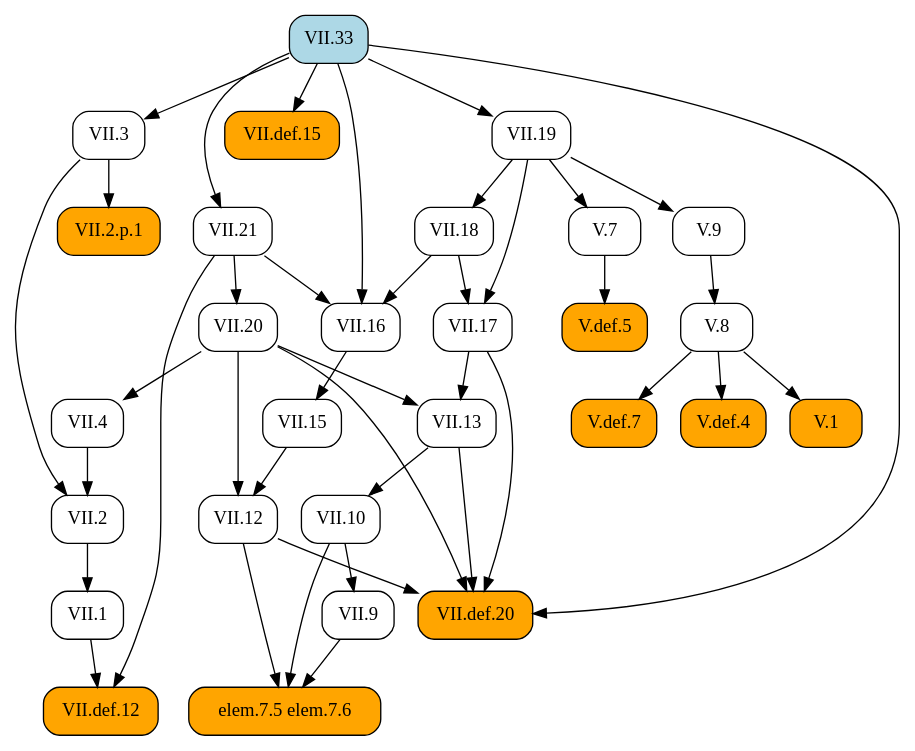
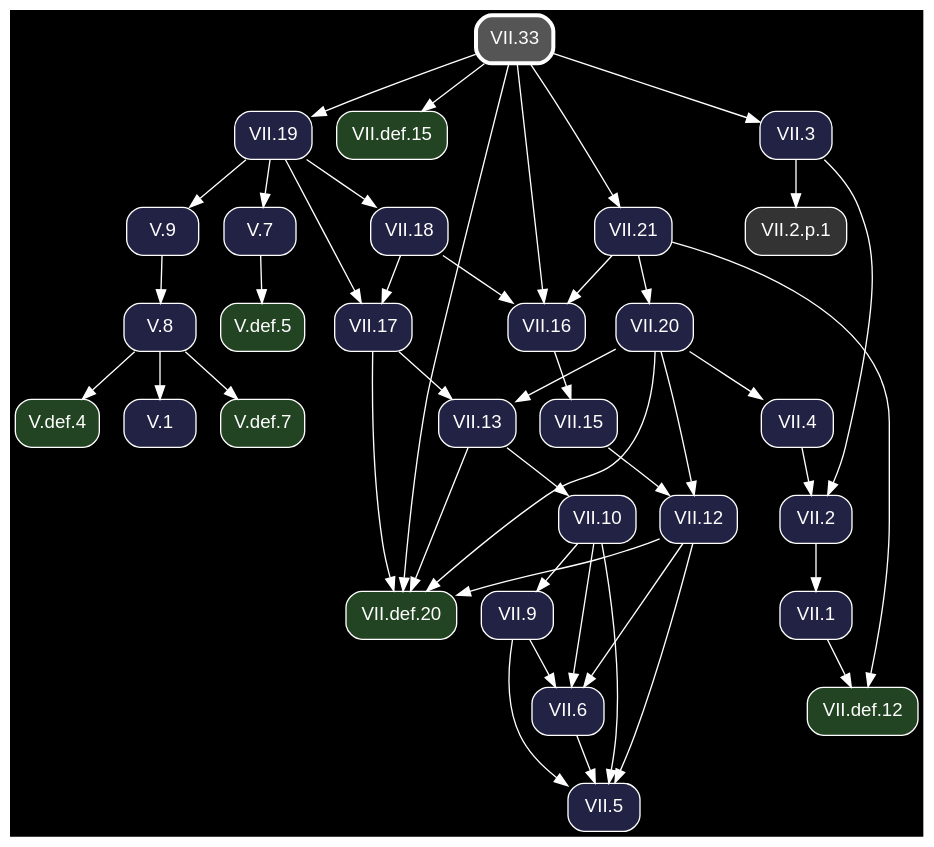
Before and after one commit to geometor/elements: the diagram in docsrc/heath/VII/33/index.rst, drawn with Graphviz. The commit also changed other lines of this file and 1200 other files, not shown here.

Commit message:
update dependency graphs

```diff
--- a/docsrc/heath/VII/33/index.rst
+++ b/docsrc/heath/VII/33/index.rst
@@ -66,74 +66,81 @@
 .. graphviz::
 
    digraph {
+     bgcolor="black";
+     node [shape=box, style="rounded,filled", fontname="Helvetica", color="white", fontcolor="white"];
+     edge [color="white", fontcolor="white"];
      rankdir="TB";
-     node [shape=box, style=rounded];
-     "VII.33" [style="rounded,filled", fillcolor=lightblue, URL="/heath/VII/33/", target="_top"];
-     "VII.12" [URL="/heath/VII/12/", target="_top"];
-     "elem.7.5 elem.7.6" [style="rounded,filled", fillcolor=orange];
-     "V.def.7" [style="rounded,filled", fillcolor=orange, URL="/heath/V/def.7/", target="_top"];
-     "VII.9" [URL="/heath/VII/9/", target="_top"];
-     "VII.18" [URL="/heath/VII/18/", target="_top"];
-     "VII.16" [URL="/heath/VII/16/", target="_top"];
-     "V.7" [URL="/heath/V/7/", target="_top"];
-     "VII.21" [URL="/heath/VII/21/", target="_top"];
-     "V.def.5" [style="rounded,filled", fillcolor=orange, URL="/heath/V/def.5/", target="_top"];
-     "V.def.4" [style="rounded,filled", fillcolor=orange, URL="/heath/V/def.4/", target="_top"];
-     "V.9" [URL="/heath/V/9/", target="_top"];
-     "VII.1" [URL="/heath/VII/1/", target="_top"];
-     "VII.10" [URL="/heath/VII/10/", target="_top"];
-     "V.8" [URL="/heath/V/8/", target="_top"];
-     "VII.13" [URL="/heath/VII/13/", target="_top"];
-     "VII.4" [URL="/heath/VII/4/", target="_top"];
-     "VII.def.12" [style="rounded,filled", fillcolor=orange, URL="/heath/VII/def.12/", target="_top"];
-     "VII.20" [URL="/heath/VII/20/", target="_top"];
-     "V.1" [style="rounded,filled", fillcolor=orange, URL="/heath/V/1/", target="_top"];
-     "VII.def.15" [style="rounded,filled", fillcolor=orange, URL="/heath/VII/def.15/", target="_top"];
-     "VII.2" [URL="/heath/VII/2/", target="_top"];
-     "VII.3" [URL="/heath/VII/3/", target="_top"];
-     "VII.17" [URL="/heath/VII/17/", target="_top"];
-     "VII.19" [URL="/heath/VII/19/", target="_top"];
-     "VII.2.p.1" [style="rounded,filled", fillcolor=orange];
-     "VII.def.20" [style="rounded,filled", fillcolor=orange, URL="/heath/VII/def.20/", target="_top"];
-     "VII.15" [URL="/heath/VII/15/", target="_top"];
-     "VII.15" -> "VII.12";
-     "VII.20" -> "VII.12";
-     "VII.9" -> "elem.7.5 elem.7.6";
-     "VII.10" -> "elem.7.5 elem.7.6";
-     "VII.12" -> "elem.7.5 elem.7.6";
+     "V.def.5" [fillcolor="#224422", URL="/heath/V/def.5/", target="_top"];
+     "VII.33" [penwidth=3, color="white", fillcolor="#555555", URL="/heath/VII/33/", target="_top"];
+     "V.def.7" [fillcolor="#224422", URL="/heath/V/def.7/", target="_top"];
+     "VII.20" [fillcolor="#222244", URL="/heath/VII/20/", target="_top"];
+     "VII.18" [fillcolor="#222244", URL="/heath/VII/18/", target="_top"];
+     "VII.2" [fillcolor="#222244", URL="/heath/VII/2/", target="_top"];
+     "V.def.4" [fillcolor="#224422", URL="/heath/V/def.4/", target="_top"];
+     "VII.5" [fillcolor="#222244", URL="/heath/VII/5/", target="_top"];
+     "VII.def.20" [fillcolor="#224422", URL="/heath/VII/def.20/", target="_top"];
+     "VII.def.15" [fillcolor="#224422", URL="/heath/VII/def.15/", target="_top"];
+     "VII.2.p.1" [fillcolor="#333333"];
+     "VII.1" [fillcolor="#222244", URL="/heath/VII/1/", target="_top"];
+     "VII.6" [fillcolor="#222244", URL="/heath/VII/6/", target="_top"];
+     "VII.16" [fillcolor="#222244", URL="/heath/VII/16/", target="_top"];
+     "VII.15" [fillcolor="#222244", URL="/heath/VII/15/", target="_top"];
+     "VII.13" [fillcolor="#222244", URL="/heath/VII/13/", target="_top"];
+     "V.1" [fillcolor="#222244", URL="/heath/V/1/", target="_top"];
+     "VII.10" [fillcolor="#222244", URL="/heath/VII/10/", target="_top"];
+     "VII.4" [fillcolor="#222244", URL="/heath/VII/4/", target="_top"];
+     "VII.def.12" [fillcolor="#224422", URL="/heath/VII/def.12/", target="_top"];
+     "VII.19" [fillcolor="#222244", URL="/heath/VII/19/", target="_top"];
+     "V.8" [fillcolor="#222244", URL="/heath/V/8/", target="_top"];
+     "VII.21" [fillcolor="#222244", URL="/heath/VII/21/", target="_top"];
+     "VII.9" [fillcolor="#222244", URL="/heath/VII/9/", target="_top"];
+     "VII.3" [fillcolor="#222244", URL="/heath/VII/3/", target="_top"];
+     "V.7" [fillcolor="#222244", URL="/heath/V/7/", target="_top"];
+     "VII.12" [fillcolor="#222244", URL="/heath/VII/12/", target="_top"];
+     "V.9" [fillcolor="#222244", URL="/heath/V/9/", target="_top"];
+     "VII.17" [fillcolor="#222244", URL="/heath/VII/17/", target="_top"];
+     "V.7" -> "V.def.5";
      "V.8" -> "V.def.7";
-     "VII.10" -> "VII.9";
+     "VII.21" -> "VII.20";
      "VII.19" -> "VII.18";
-     "VII.18" -> "VII.16";
-     "VII.21" -> "VII.16";
-     "VII.33" -> "VII.16";
-     "VII.19" -> "V.7";
-     "VII.33" -> "VII.21";
-     "V.7" -> "V.def.5";
-     "V.8" -> "V.def.4";
-     "VII.19" -> "V.9";
-     "VII.2" -> "VII.1";
-     "VII.13" -> "VII.10";
-     "V.9" -> "V.8";
-     "VII.17" -> "VII.13";
-     "VII.20" -> "VII.13";
-     "VII.20" -> "VII.4";
-     "VII.1" -> "VII.def.12";
-     "VII.21" -> "VII.def.12";
-     "VII.21" -> "VII.20";
-     "V.8" -> "V.1";
-     "VII.33" -> "VII.def.15";
      "VII.3" -> "VII.2";
      "VII.4" -> "VII.2";
-     "VII.33" -> "VII.3";
-     "VII.18" -> "VII.17";
-     "VII.19" -> "VII.17";
-     "VII.33" -> "VII.19";
-     "VII.3" -> "VII.2.p.1";
+     "V.8" -> "V.def.4";
+     "VII.6" -> "VII.5";
+     "VII.9" -> "VII.5";
+     "VII.10" -> "VII.5";
+     "VII.12" -> "VII.5";
      "VII.12" -> "VII.def.20";
      "VII.13" -> "VII.def.20";
      "VII.17" -> "VII.def.20";
      "VII.20" -> "VII.def.20";
      "VII.33" -> "VII.def.20";
+     "VII.33" -> "VII.def.15";
+     "VII.3" -> "VII.2.p.1";
+     "VII.2" -> "VII.1";
+     "VII.9" -> "VII.6";
+     "VII.10" -> "VII.6";
+     "VII.12" -> "VII.6";
+     "VII.18" -> "VII.16";
+     "VII.21" -> "VII.16";
+     "VII.33" -> "VII.16";
      "VII.16" -> "VII.15";
+     "VII.17" -> "VII.13";
+     "VII.20" -> "VII.13";
+     "V.8" -> "V.1";
+     "VII.13" -> "VII.10";
+     "VII.20" -> "VII.4";
+     "VII.1" -> "VII.def.12";
+     "VII.21" -> "VII.def.12";
+     "VII.33" -> "VII.19";
+     "V.9" -> "V.8";
+     "VII.33" -> "VII.21";
+     "VII.10" -> "VII.9";
+     "VII.33" -> "VII.3";
+     "VII.19" -> "V.7";
+     "VII.15" -> "VII.12";
+     "VII.20" -> "VII.12";
+     "VII.19" -> "V.9";
+     "VII.18" -> "VII.17";
+     "VII.19" -> "VII.17";
    }
```
